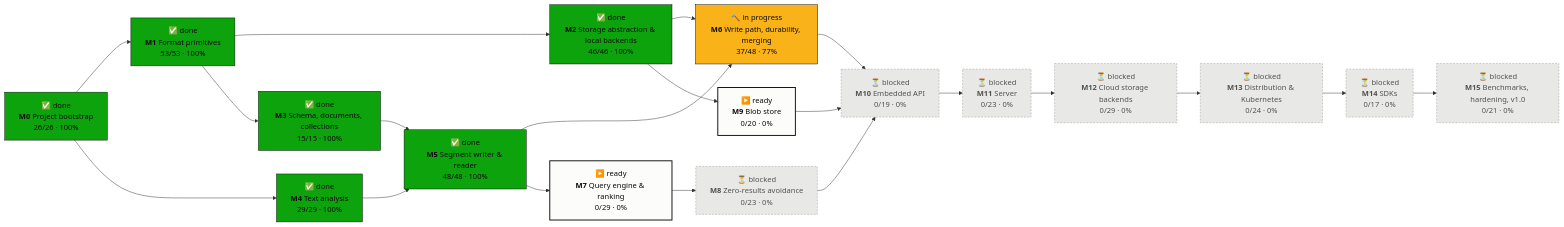
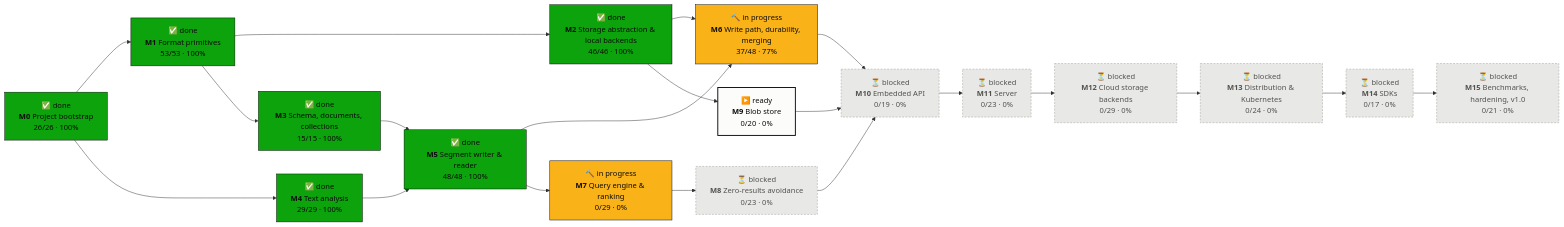
One commit to tomiok/persiaDB changed the first of 2 diagrams in PROGRESS.md. Above: the diagram before and after it, drawn with Mermaid. The commit also changed other lines of this file and 21 other files, not shown here.

First line of the commit message:
feat(engine): query AST, user text compiler, filter DSL and limits (ROADMAP 7.1)

````diff
--- a/PROGRESS.md
+++ b/PROGRESS.md
@@ -16,42 +16,42 @@
 ```mermaid
 flowchart LR
   M0["✅ done<br/><b>M0</b> Project bootstrap<br/>26/26 · 100%"]:::done
   M1["✅ done<br/><b>M1</b> Format primitives<br/>53/53 · 100%"]:::done
   M2["✅ done<br/><b>M2</b> Storage abstraction & local backends<br/>46/46 · 100%"]:::done
   M3["✅ done<br/><b>M3</b> Schema, documents, collections<br/>15/15 · 100%"]:::done
   M4["✅ done<br/><b>M4</b> Text analysis<br/>29/29 · 100%"]:::done
   M5["✅ done<br/><b>M5</b> Segment writer & reader<br/>48/48 · 100%"]:::done
   M6["🔨 in progress<br/><b>M6</b> Write path, durability, merging<br/>37/48 · 77%"]:::doing
-  M7["▶️ ready<br/><b>M7</b> Query engine & ranking<br/>0/29 · 0%"]:::ready
+  M7["🔨 in progress<br/><b>M7</b> Query engine & ranking<br/>0/29 · 0%"]:::doing
   M8["⏳ blocked<br/><b>M8</b> Zero-results avoidance<br/>0/23 · 0%"]:::blocked
   M9["▶️ ready<br/><b>M9</b> Blob store<br/>0/20 · 0%"]:::ready
   M10["⏳ blocked<br/><b>M10</b> Embedded API<br/>0/19 · 0%"]:::blocked
   M11["⏳ blocked<br/><b>M11</b> Server<br/>0/23 · 0%"]:::blocked
   M12["⏳ blocked<br/><b>M12</b> Cloud storage backends<br/>0/29 · 0%"]:::blocked
   M13["⏳ blocked<br/><b>M13</b> Distribution & Kubernetes<br/>0/24 · 0%"]:::blocked
   M14["⏳ blocked<br/><b>M14</b> SDKs<br/>0/17 · 0%"]:::blocked
   M15["⏳ blocked<br/><b>M15</b> Benchmarks, hardening, v1.0<br/>0/21 · 0%"]:::blocked
   M0 --> M1
   M1 --> M2
   M1 --> M3
   M0 --> M4
   M3 --> M5
   M4 --> M5
   M2 --> M6
   M5 --> M6
   M5 --> M7
   M7 --> M8
   M2 --> M9
   M6 --> M10
   M8 --> M10
   M9 --> M10
   M10 --> M11
   M11 --> M12
   M12 --> M13
   M13 --> M14
   M14 --> M15
   classDef done fill:#0ca30c,stroke:#0b0b0b,color:#0b0b0b
   classDef doing fill:#fab219,stroke:#0b0b0b,color:#0b0b0b
   classDef ready fill:#fcfcfb,stroke:#0b0b0b,stroke-width:2px,color:#0b0b0b
   classDef blocked fill:#e8e8e6,stroke:#9a9a96,stroke-dasharray:4 3,color:#52514e
 ```
````
